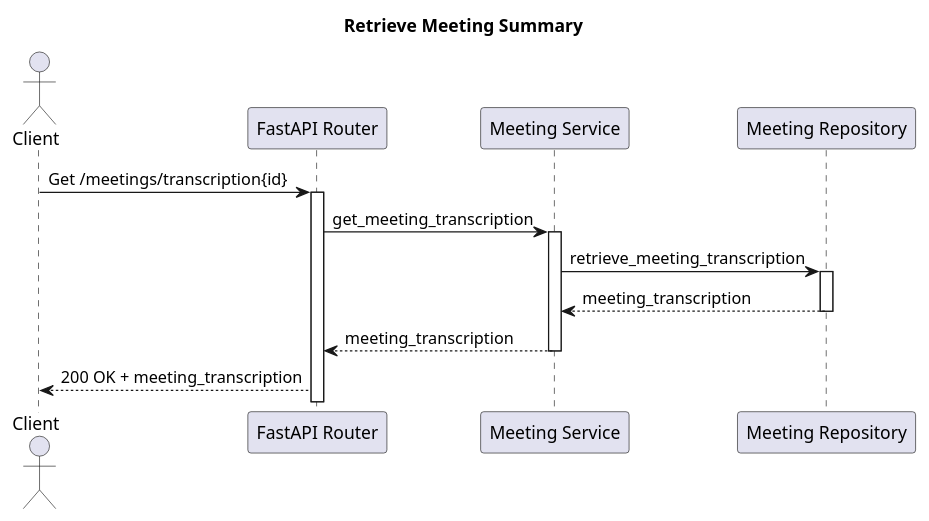
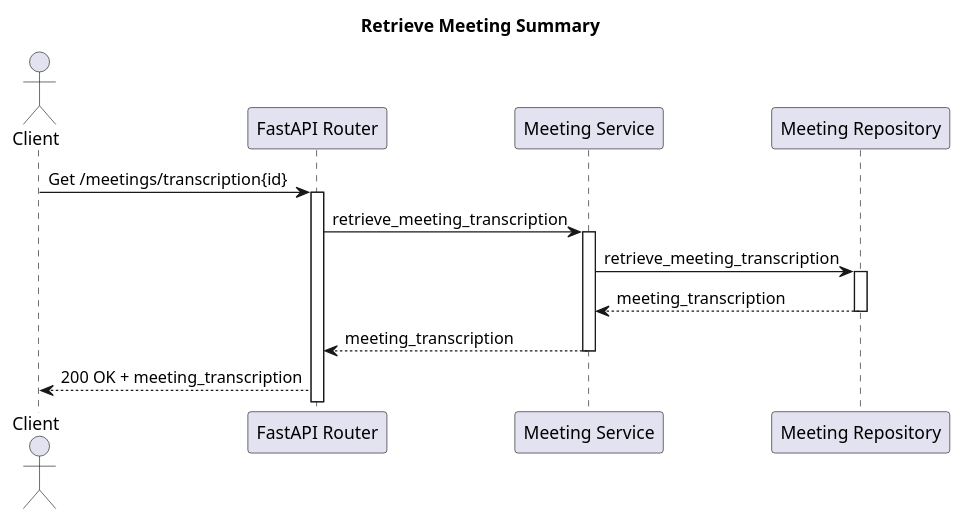
The diagram in Backend/docs/sequence_diagrams/retrieve_meeting_transcription.pu (estebansuarezcalvoudc/Memento), drawn with PlantUML before and after one commit. The commit also changed 11 other files, not shown here.

```diff
--- a/Backend/docs/sequence_diagrams/retrieve_meeting_transcription.pu
+++ b/Backend/docs/sequence_diagrams/retrieve_meeting_transcription.pu
@@ -1,27 +1,27 @@
 @startuml Retrieve Meeting Transcription
 
 title Retrieve Meeting Summary
 
 actor Client
 participant "FastAPI Router" as Router
 participant "Meeting Service" as Service
 participant "Meeting Repository" as Repository
 
 Client -> Router: Get /meetings/transcription{id}
 
 activate Router
-Router -> Service: get_meeting_transcription
+Router -> Service: retrieve_meeting_transcription
 
 activate Service
 Service -> Repository: retrieve_meeting_transcription
 
 activate Repository
 Service <-- Repository: meeting_transcription
 deactivate Repository
 
 Router <-- Service: meeting_transcription
 deactivate Service
 
 Client <-- Router: 200 OK + meeting_transcription
 
 @enduml
```
